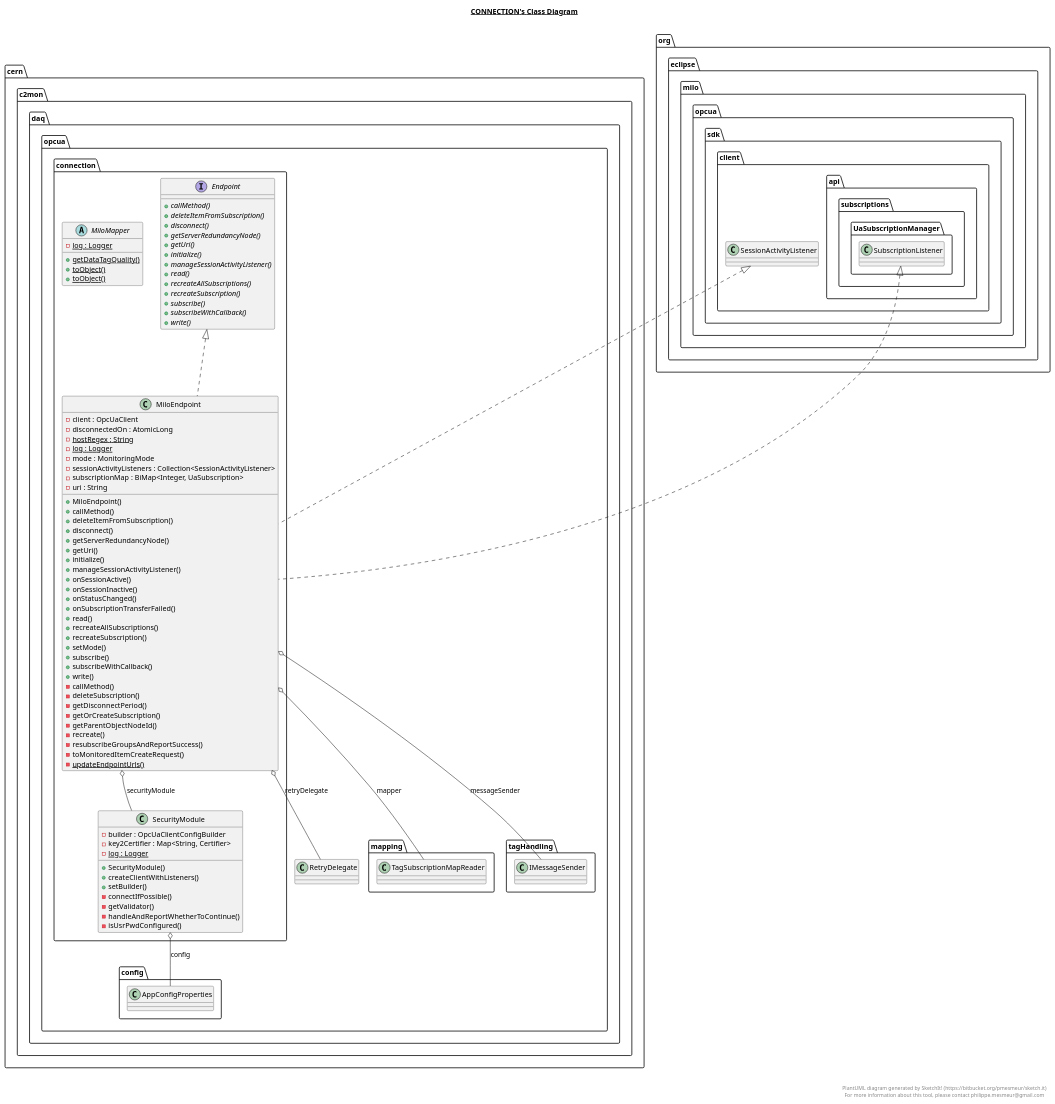
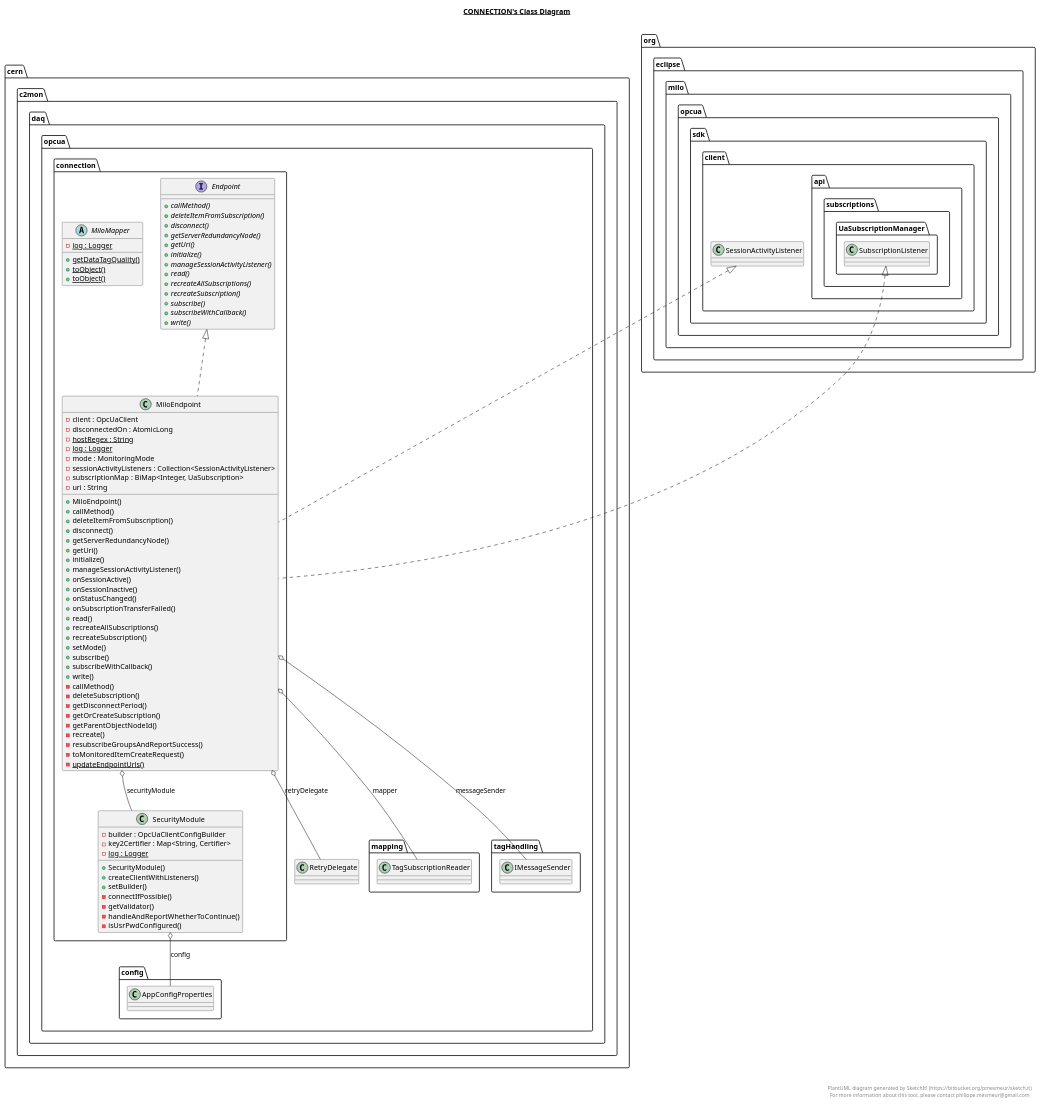
The diagram in src/main/java/cern/c2mon/daq/opcua/connection/connection.plantuml (c2mon/c2mon-daq-opcua), drawn with PlantUML before and after one commit. The commit also changed 36 other files, not shown here.

```diff
--- a/src/main/java/cern/c2mon/daq/opcua/connection/connection.plantuml
+++ b/src/main/java/cern/c2mon/daq/opcua/connection/connection.plantuml
@@ -1,117 +1,117 @@
 @startuml
 
 title __CONNECTION's Class Diagram__\n
 
   namespace cern.c2mon.daq.opcua {
     namespace connection {
       interface cern.c2mon.daq.opcua.connection.Endpoint {
           {abstract} + callMethod()
           {abstract} + deleteItemFromSubscription()
           {abstract} + disconnect()
           {abstract} + getServerRedundancyNode()
           {abstract} + getUri()
           {abstract} + initialize()
           {abstract} + manageSessionActivityListener()
           {abstract} + read()
           {abstract} + recreateAllSubscriptions()
           {abstract} + recreateSubscription()
           {abstract} + subscribe()
           {abstract} + subscribeWithCallback()
           {abstract} + write()
       }
     }
   }
   
 
   namespace cern.c2mon.daq.opcua {
     namespace connection {
       class cern.c2mon.daq.opcua.connection.MiloEndpoint {
           - client : OpcUaClient
           - disconnectedOn : AtomicLong
           {static} - hostRegex : String
           {static} - log : Logger
           - mode : MonitoringMode
           - sessionActivityListeners : Collection<SessionActivityListener>
           - subscriptionMap : BiMap<Integer, UaSubscription>
           - uri : String
           + MiloEndpoint()
           + callMethod()
           + deleteItemFromSubscription()
           + disconnect()
           + getServerRedundancyNode()
           + getUri()
           + initialize()
           + manageSessionActivityListener()
           + onSessionActive()
           + onSessionInactive()
           + onStatusChanged()
           + onSubscriptionTransferFailed()
           + read()
           + recreateAllSubscriptions()
           + recreateSubscription()
           + setMode()
           + subscribe()
           + subscribeWithCallback()
           + write()
           - callMethod()
           - deleteSubscription()
           - getDisconnectPeriod()
           - getOrCreateSubscription()
           - getParentObjectNodeId()
           - recreate()
           - resubscribeGroupsAndReportSuccess()
           - toMonitoredItemCreateRequest()
           {static} - updateEndpointUrls()
       }
     }
   }
   
 
   namespace cern.c2mon.daq.opcua {
     namespace connection {
       abstract class cern.c2mon.daq.opcua.connection.MiloMapper {
           {static} - log : Logger
           {static} + getDataTagQuality()
           {static} + toObject()
           {static} + toObject()
       }
     }
   }
   
 
   namespace cern.c2mon.daq.opcua {
     namespace connection {
       class cern.c2mon.daq.opcua.connection.SecurityModule {
           - builder : OpcUaClientConfigBuilder
           - key2Certifier : Map<String, Certifier>
           {static} - log : Logger
           + SecurityModule()
           + createClientWithListeners()
           + setBuilder()
           - connectIfPossible()
           - getValidator()
           - handleAndReportWhetherToContinue()
           - isUsrPwdConfigured()
       }
     }
   }
   
 
   cern.c2mon.daq.opcua.connection.MiloEndpoint .up.|> cern.c2mon.daq.opcua.connection.Endpoint
   cern.c2mon.daq.opcua.connection.MiloEndpoint .up.|> org.eclipse.milo.opcua.sdk.client.SessionActivityListener
   cern.c2mon.daq.opcua.connection.MiloEndpoint .up.|> org.eclipse.milo.opcua.sdk.client.api.subscriptions.UaSubscriptionManager.SubscriptionListener
-  cern.c2mon.daq.opcua.connection.MiloEndpoint o-- cern.c2mon.daq.opcua.mapping.TagSubscriptionMapReader : mapper
+  cern.c2mon.daq.opcua.connection.MiloEndpoint o-- cern.c2mon.daq.opcua.mapping.TagSubscriptionReader : mapper
   cern.c2mon.daq.opcua.connection.MiloEndpoint o-- cern.c2mon.daq.opcua.tagHandling.IMessageSender : messageSender
   cern.c2mon.daq.opcua.connection.MiloEndpoint o-- cern.c2mon.daq.opcua.RetryDelegate : retryDelegate
   cern.c2mon.daq.opcua.connection.MiloEndpoint o-- cern.c2mon.daq.opcua.connection.SecurityModule : securityModule
   cern.c2mon.daq.opcua.connection.SecurityModule o-- cern.c2mon.daq.opcua.config.AppConfigProperties : config
 
 
 right footer
 
 
 PlantUML diagram generated by SketchIt! (https://bitbucket.org/pmesmeur/sketch.it)
 For more information about this tool, please contact philippe.mesmeur@gmail.com
 endfooter
 
 @enduml
```
